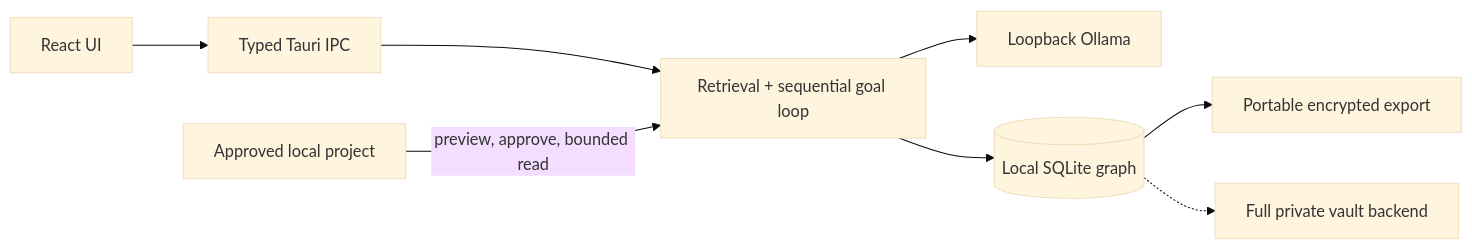
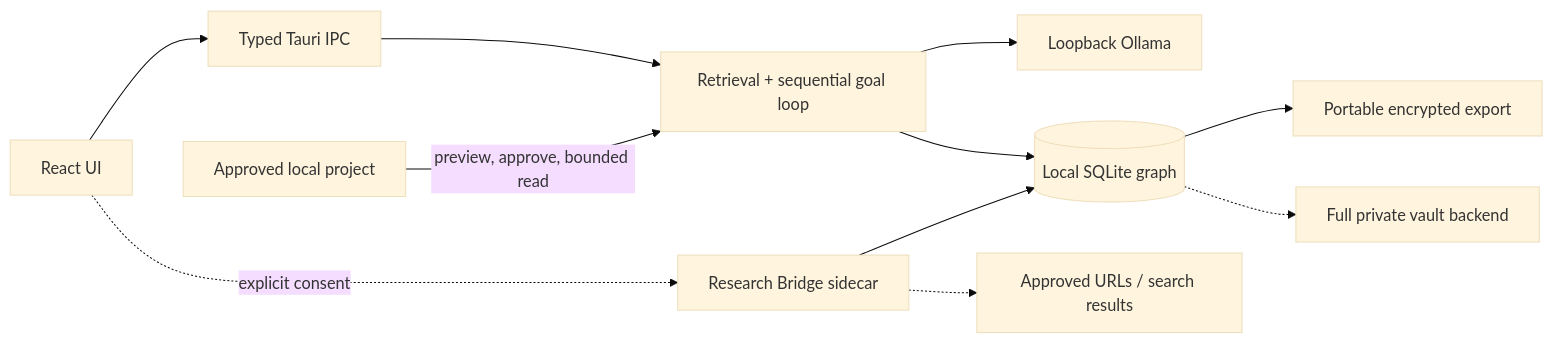
Before and after one commit to mkbhardwas12/prismos-ai: the diagram in README.md, drawn with Mermaid (base theme). The commit also changed other lines of this file and 42 other files, not shown here.

First line of the commit message:
feat: research panel, chat research chips, inference bridge improvements

````diff
--- a/README.md
+++ b/README.md
@@ -30,10 +31,13 @@
 ```mermaid
 flowchart LR
     UI["React UI"] --> IPC["Typed Tauri IPC"]
     IPC --> WF["Retrieval + sequential goal loop"]
     WF --> OL["Loopback Ollama"]
     WF --> DB[("Local SQLite graph")]
+    UI -.->|"explicit consent"| RB["Research Bridge sidecar"]
+    RB -.-> WEB["Approved URLs / search results"]
+    RB --> DB
     SRC["Approved local project"] -->|"preview, approve, bounded read"| WF
     DB --> PORT["Portable encrypted export"]
     DB -.-> VAULT["Full private vault backend"]
 ```
````
